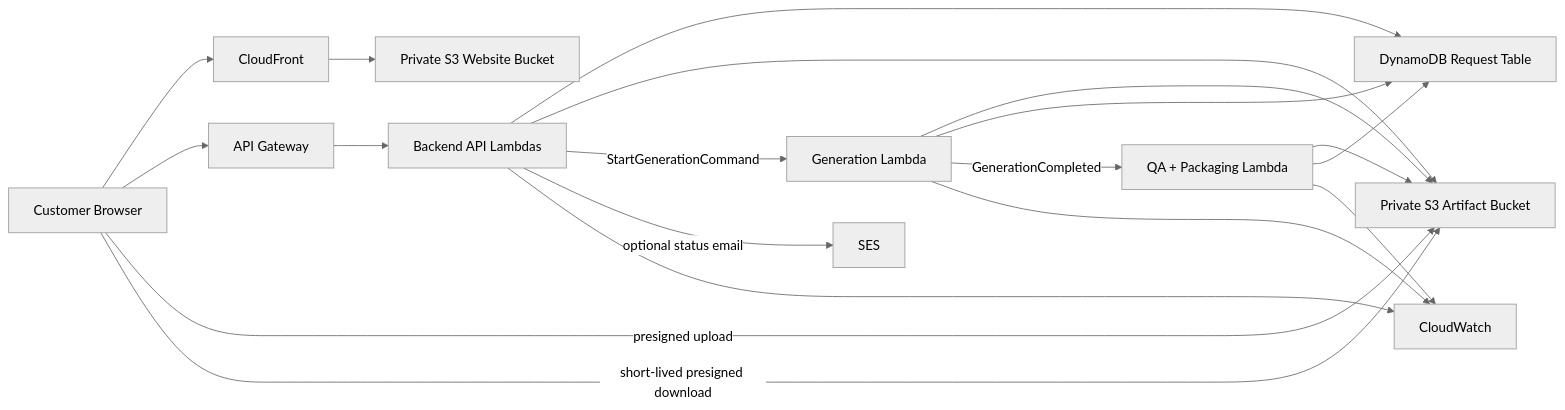
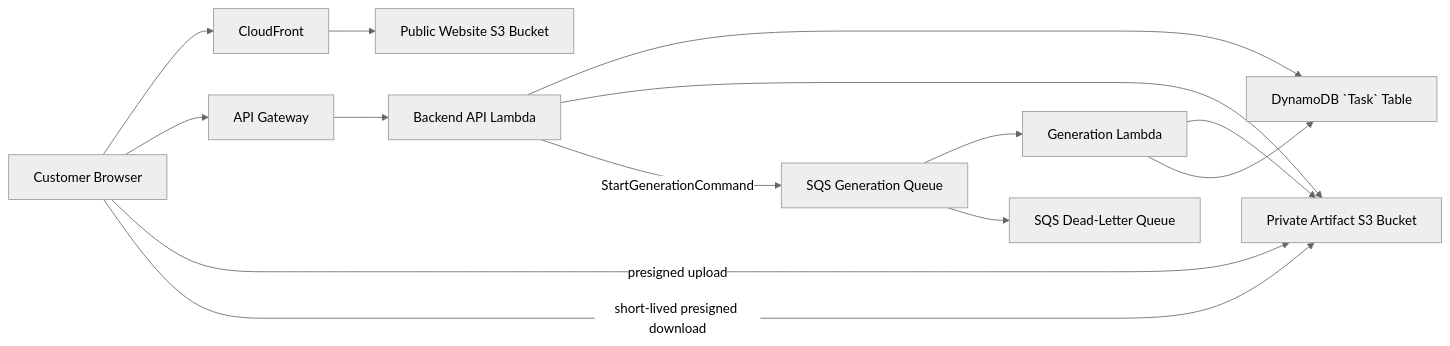
One commit to tongking6/ai-artist changed the diagram in docs/ai-artist/lld/milestone-1-lld-05-runtime-security-ops.md. Above: the diagram before and after it, drawn with Mermaid (neutral theme). The commit also changed other lines of this file and 5 other files, not shown here.

````diff
--- a/docs/ai-artist/lld/milestone-1-lld-05-runtime-security-ops.md
+++ b/docs/ai-artist/lld/milestone-1-lld-05-runtime-security-ops.md
@@ -45,26 +38,16 @@
 ```mermaid
 flowchart LR
   U["Customer Browser"] --> CF["CloudFront"]
-  CF --> WB["Private S3 Website Bucket"]
-
+  CF --> WB["Public Website S3 Bucket"]
   U --> API["API Gateway"]
-  API --> BL["Backend API Lambdas"]
-  BL --> DDB["DynamoDB Request Table"]
-  BL --> PB["Private S3 Artifact Bucket"]
-
+  API --> BL["Backend API Lambda"]
+  BL --> DB["DynamoDB `Task` Table"]
+  BL --> PB["Private Artifact S3 Bucket"]
   U -->|presigned upload| PB
+  BL -->|StartGenerationCommand| Q["SQS Generation Queue"]
+  Q --> GW["Generation Lambda"]
+  GW --> PB
+  GW --> DB
+  Q --> DLQ["SQS Dead-Letter Queue"]
   U -->|short-lived presigned download| PB
-
-  BL -->|StartGenerationCommand| GW["Generation Lambda"]
-  GW --> PB
-  GW --> DDB
-
-  GW -->|GenerationCompleted| QA["QA + Packaging Lambda"]
-  QA --> PB
-  QA --> DDB
-
-  BL -->|optional status email| SES["SES"]
-  BL --> CW["CloudWatch"]
-  GW --> CW
-  QA --> CW
 ```
````
